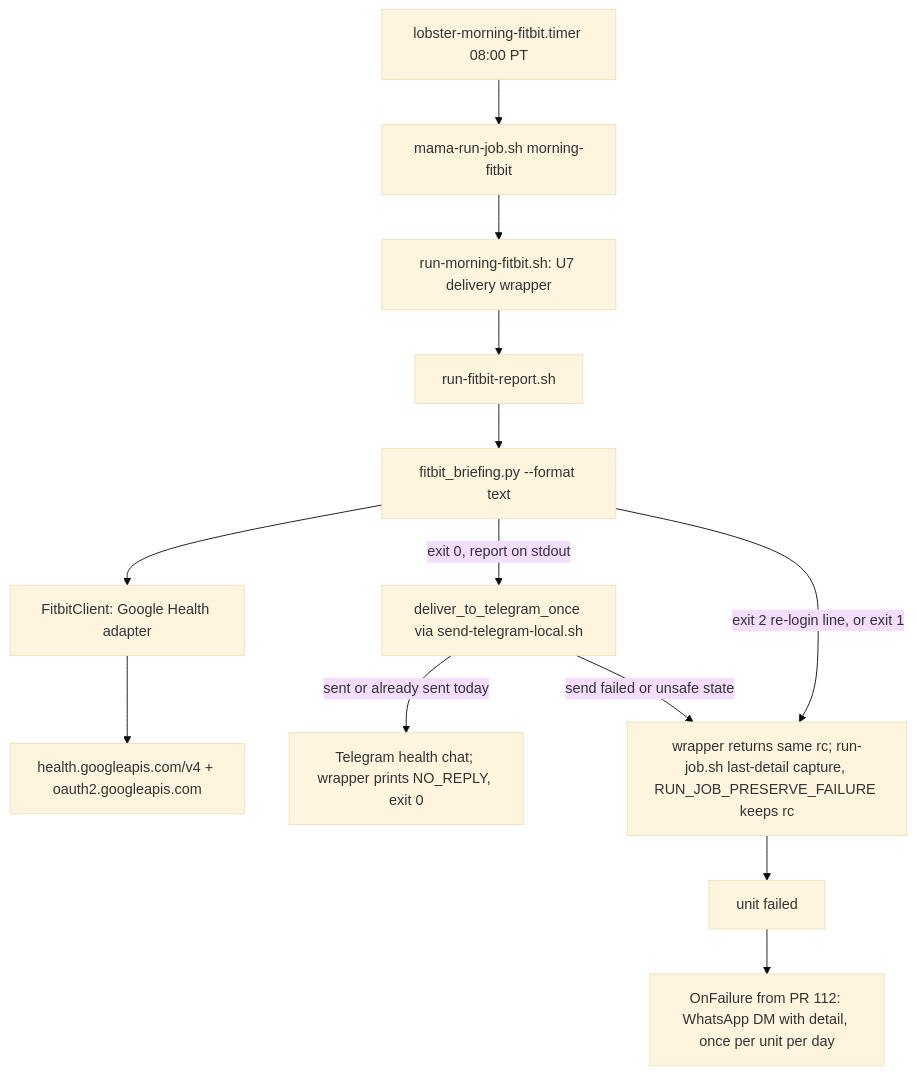
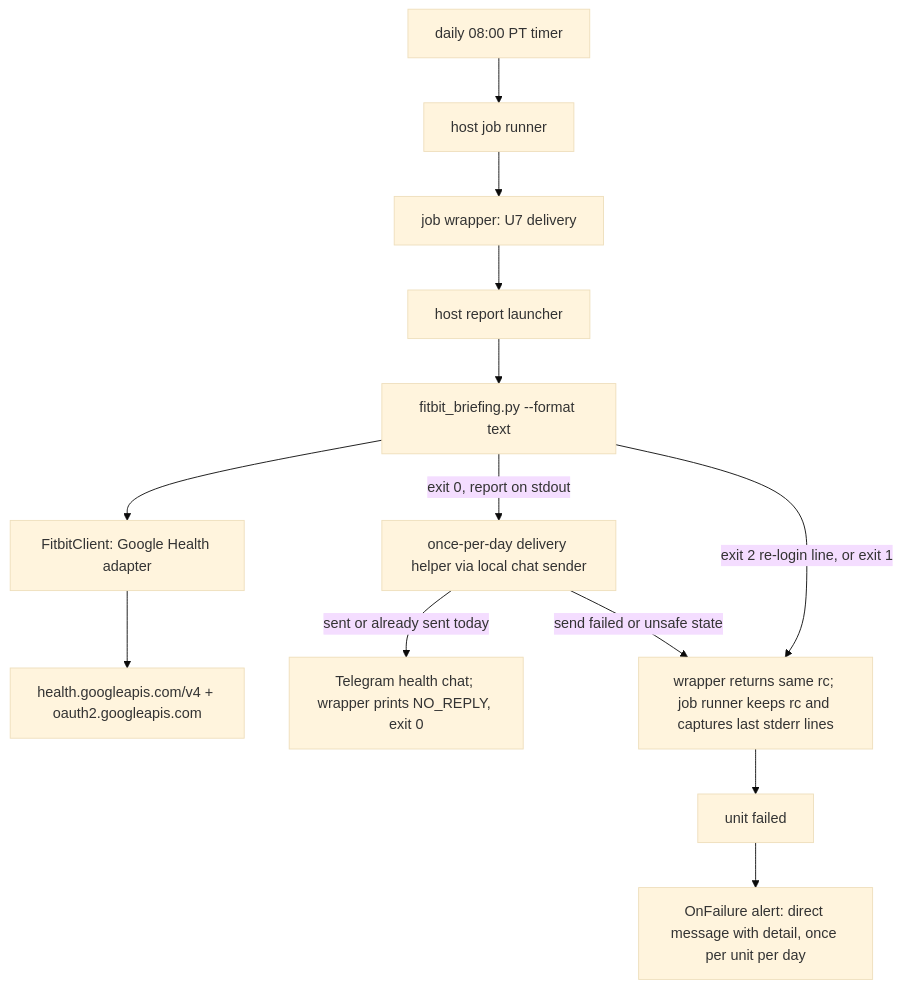
One commit to kesslerio/fitbit-analytics-skill changed the third of 3 diagrams in docs/plans/2026-11-22-1018-feat-google-health-api-migration-plan.md. Above: the diagram before and after it, drawn with Mermaid (base theme). The commit also changed other lines of this file and 3 other files, not shown here.

````diff
--- a/docs/plans/2026-11-22-1018-feat-google-health-api-migration-plan.md
+++ b/docs/plans/2026-11-22-1018-feat-google-health-api-migration-plan.md
@@ -192,15 +192,15 @@
 ```mermaid
 flowchart TB
-  T[lobster-morning-fitbit.timer 08:00 PT] --> J[mama-run-job.sh morning-fitbit]
-  J --> R[run-morning-fitbit.sh: U7 delivery wrapper]
-  R --> W[run-fitbit-report.sh]
+  T[daily 08:00 PT timer] --> J[host job runner]
+  J --> R[job wrapper: U7 delivery]
+  R --> W[host report launcher]
   W --> B[fitbit_briefing.py --format text]
   B --> C[FitbitClient: Google Health adapter]
   C --> G[health.googleapis.com/v4 + oauth2.googleapis.com]
-  B -->|exit 0, report on stdout| D[deliver_to_telegram_once via send-telegram-local.sh]
+  B -->|exit 0, report on stdout| D[once-per-day delivery helper via local chat sender]
   D -->|sent or already sent today| H[Telegram health chat; wrapper prints NO_REPLY, exit 0]
   D -->|send failed or unsafe state| F
-  B -->|exit 2 re-login line, or exit 1| F[wrapper returns same rc; run-job.sh last-detail capture, RUN_JOB_PRESERVE_FAILURE keeps rc]
+  B -->|exit 2 re-login line, or exit 1| F[wrapper returns same rc; job runner keeps rc and captures last stderr lines]
   F --> U[unit failed]
-  U --> O[OnFailure from PR 112: WhatsApp DM with detail, once per unit per day]
+  U --> O[OnFailure alert: direct message with detail, once per unit per day]
 ```
````
